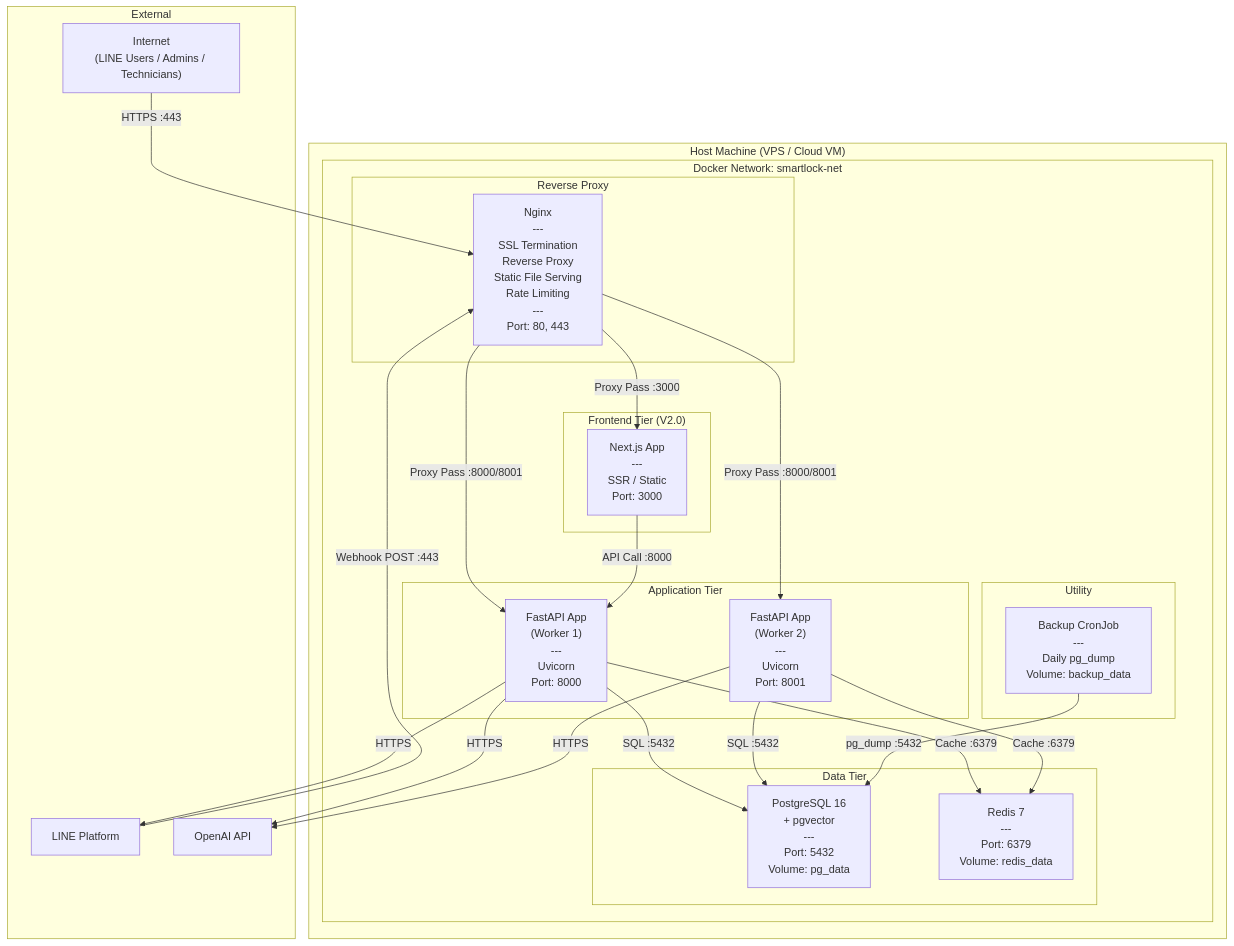
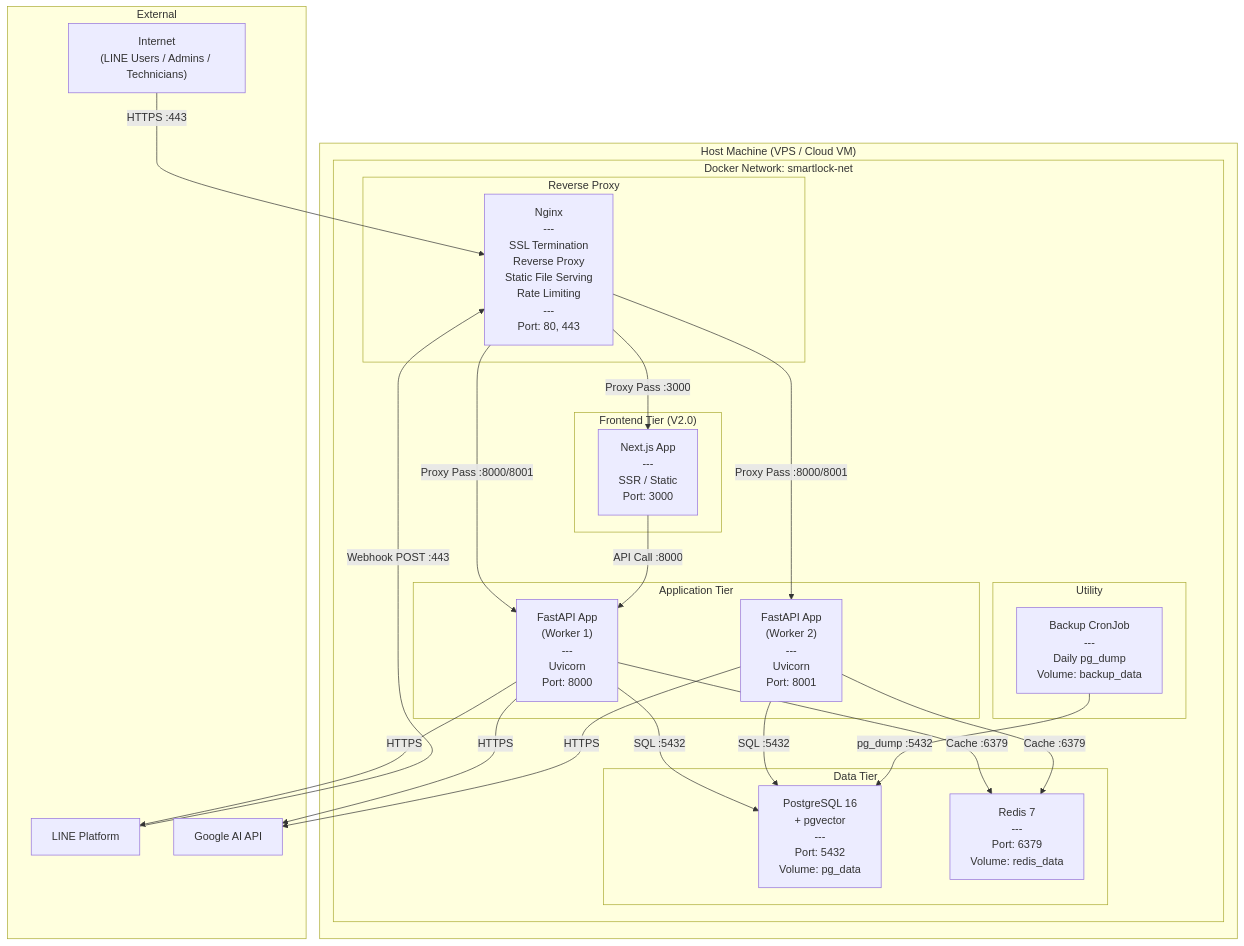
One commit to Zenobia000/Smart-Lock_AI_Support_Service_Dispatch_SaaS_Platform changed the ninth of 11 diagrams in docs/05_architecture_and_design_document.md. Above: the diagram before and after it, drawn with Mermaid. The commit also changed other lines of this file and 7 other files, not shown here.

First line of the commit message:
docs: migrate LLM provider from OpenAI GPT-4o to Google Gemini 3 Pro

````diff
--- a/docs/05_architecture_and_design_document.md
+++ b/docs/05_architecture_and_design_document.md
@@ -1086,50 +1086,50 @@
 ```mermaid
 graph TB
     subgraph "Host Machine (VPS / Cloud VM)"
         subgraph "Docker Network: smartlock-net"
 
             subgraph "Reverse Proxy"
                 NGINX["Nginx<br/>---<br/>SSL Termination<br/>Reverse Proxy<br/>Static File Serving<br/>Rate Limiting<br/>---<br/>Port: 80, 443"]
             end
 
             subgraph "Application Tier"
                 API1["FastAPI App<br/>(Worker 1)<br/>---<br/>Uvicorn<br/>Port: 8000"]
                 API2["FastAPI App<br/>(Worker 2)<br/>---<br/>Uvicorn<br/>Port: 8001"]
             end
 
             subgraph "Frontend Tier (V2.0)"
                 NEXT["Next.js App<br/>---<br/>SSR / Static<br/>Port: 3000"]
             end
 
             subgraph "Data Tier"
                 PG["PostgreSQL 16<br/>+ pgvector<br/>---<br/>Port: 5432<br/>Volume: pg_data"]
                 RD["Redis 7<br/>---<br/>Port: 6379<br/>Volume: redis_data"]
             end
 
             subgraph "Utility"
                 BACKUP["Backup CronJob<br/>---<br/>Daily pg_dump<br/>Volume: backup_data"]
             end
         end
     end
 
     subgraph "External"
         INTERNET["Internet<br/>(LINE Users / Admins / Technicians)"]
         LINE_SRV["LINE Platform"]
-        OPENAI_SRV["OpenAI API"]
+        GOOGLE_AI_SRV["Google AI API"]
     end
 
     INTERNET -- "HTTPS :443" --> NGINX
     LINE_SRV -- "Webhook POST :443" --> NGINX
     NGINX -- "Proxy Pass :8000/8001" --> API1
     NGINX -- "Proxy Pass :8000/8001" --> API2
     NGINX -- "Proxy Pass :3000" --> NEXT
     NEXT -- "API Call :8000" --> API1
     API1 -- "SQL :5432" --> PG
     API2 -- "SQL :5432" --> PG
     API1 -- "Cache :6379" --> RD
     API2 -- "Cache :6379" --> RD
-    API1 -- "HTTPS" --> OPENAI_SRV
-    API2 -- "HTTPS" --> OPENAI_SRV
+    API1 -- "HTTPS" --> GOOGLE_AI_SRV
+    API2 -- "HTTPS" --> GOOGLE_AI_SRV
     API1 -- "HTTPS" --> LINE_SRV
     BACKUP -- "pg_dump :5432" --> PG
 ```
````
